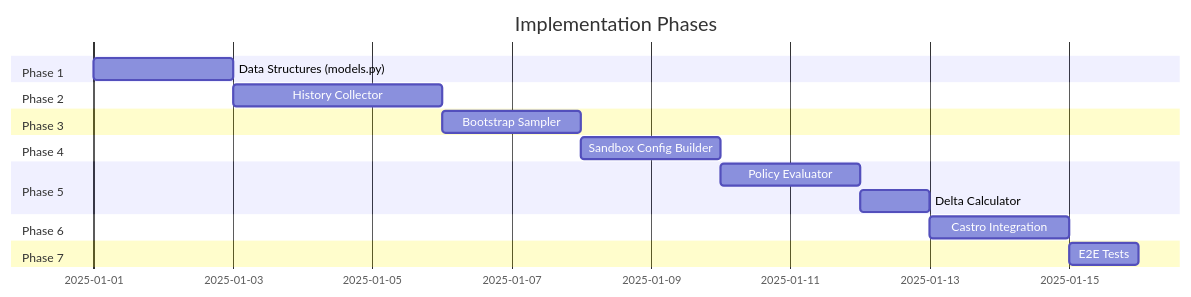
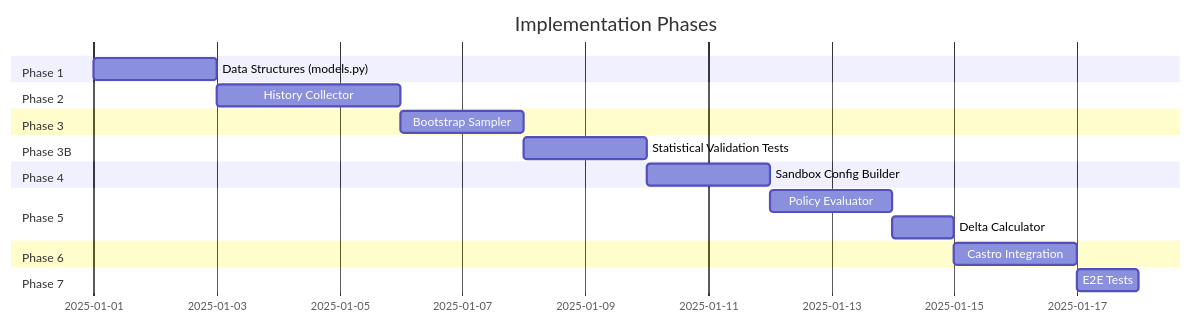
One commit to aerugo/SimCash changed the third of 3 diagrams in docs/plans/bootstrap-refactor/development-plan.md. Above: the diagram before and after it, drawn with Mermaid. The commit also changed other lines of this file, not shown here.

First line of the commit message:
docs(plans): Add statistical validation tests for bootstrap sampling

````diff
--- a/docs/plans/bootstrap-refactor/development-plan.md
+++ b/docs/plans/bootstrap-refactor/development-plan.md
@@ -1210,27 +1884,30 @@
 ```mermaid
 gantt
     title Implementation Phases
     dateFormat  YYYY-MM-DD
 
     section Phase 1
     Data Structures (models.py)        :p1, 2025-01-01, 2d
 
     section Phase 2
     History Collector                  :p2, after p1, 3d
 
     section Phase 3
     Bootstrap Sampler                  :p3, after p2, 2d
 
+    section Phase 3B
+    Statistical Validation Tests       :p3b, after p3, 2d
+
     section Phase 4
-    Sandbox Config Builder             :p4, after p3, 2d
+    Sandbox Config Builder             :p4, after p3b, 2d
 
     section Phase 5
     Policy Evaluator                   :p5a, after p4, 2d
     Delta Calculator                   :p5b, after p5a, 1d
 
     section Phase 6
     Castro Integration                 :p6, after p5b, 2d
 
     section Phase 7
     E2E Tests                          :p7, after p6, 1d
 ```
````
